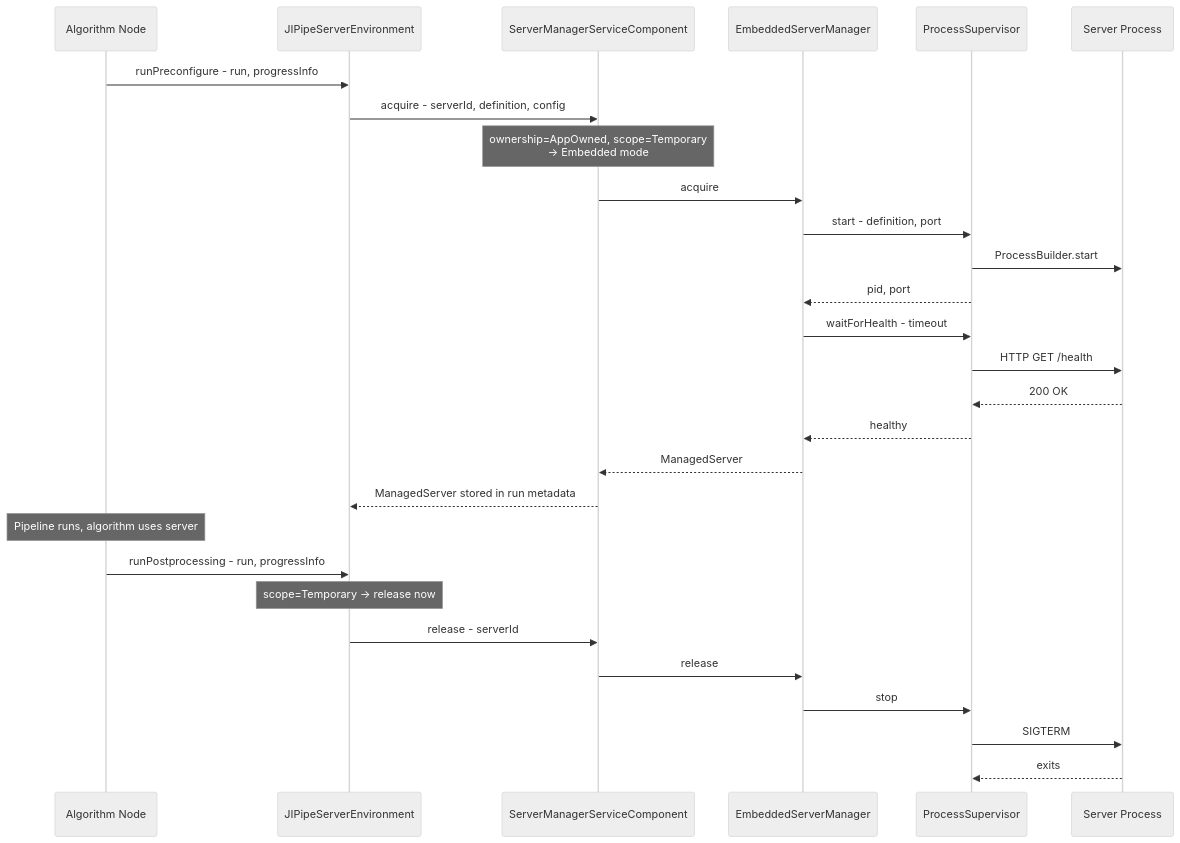
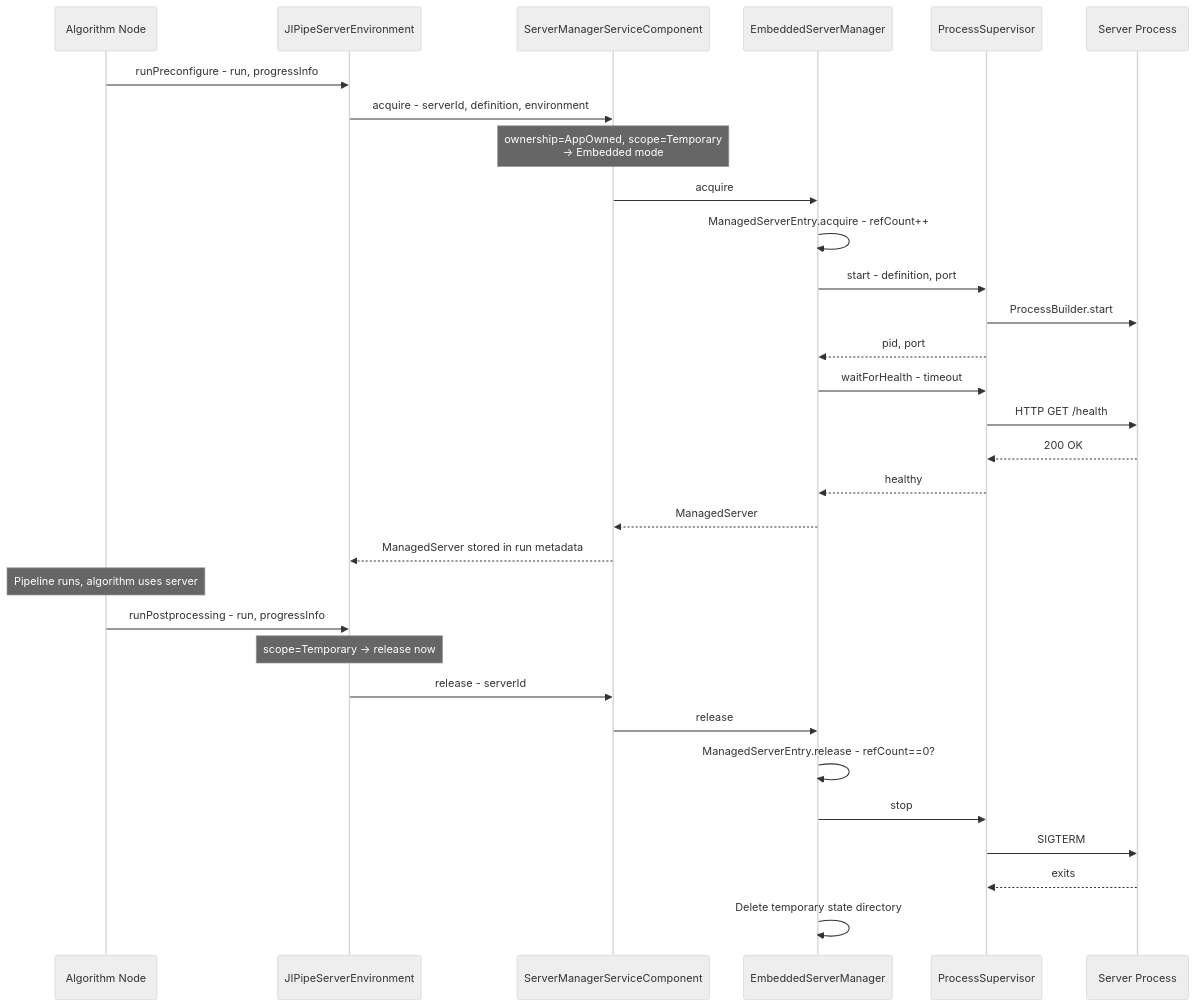
The fourth of 12 diagrams in docs/plan-external-server-processes.md (applied-systems-biology/jipipe), drawn with Mermaid (neutral theme) before and after one commit. The commit also changed other lines of this file, not shown here.

Commit message:
External server processes implementation plan

````diff
--- a/docs/plan-external-server-processes.md
+++ b/docs/plan-external-server-processes.md
@@ -954,33 +1344,36 @@
 ```mermaid
 sequenceDiagram
     participant Node as Algorithm Node
     participant Env as JIPipeServerEnvironment
     participant SC as ServerManagerServiceComponent
     participant ESM as EmbeddedServerManager
     participant PS as ProcessSupervisor
     participant Srv as Server Process
 
     Node->>Env: runPreconfigure - run, progressInfo
-    Env->>SC: acquire - serverId, definition, config
+    Env->>SC: acquire - serverId, definition, environment
     Note over SC: ownership=AppOwned, scope=Temporary<br/>→ Embedded mode
     SC->>ESM: acquire
+    ESM->>ESM: ManagedServerEntry.acquire - refCount++
     ESM->>PS: start - definition, port
     PS->>Srv: ProcessBuilder.start
     PS-->>ESM: pid, port
     ESM->>PS: waitForHealth - timeout
     PS->>Srv: HTTP GET /health
     Srv-->>PS: 200 OK
     PS-->>ESM: healthy
     ESM-->>SC: ManagedServer
     SC-->>Env: ManagedServer stored in run metadata
 
     Note over Node: Pipeline runs, algorithm uses server
 
     Node->>Env: runPostprocessing - run, progressInfo
     Note over Env: scope=Temporary → release now
     Env->>SC: release - serverId
     SC->>ESM: release
+    ESM->>ESM: ManagedServerEntry.release - refCount==0?
     ESM->>PS: stop
     PS->>Srv: SIGTERM
     Srv-->>PS: exits
+    ESM->>ESM: Delete temporary state directory
 ```
````
